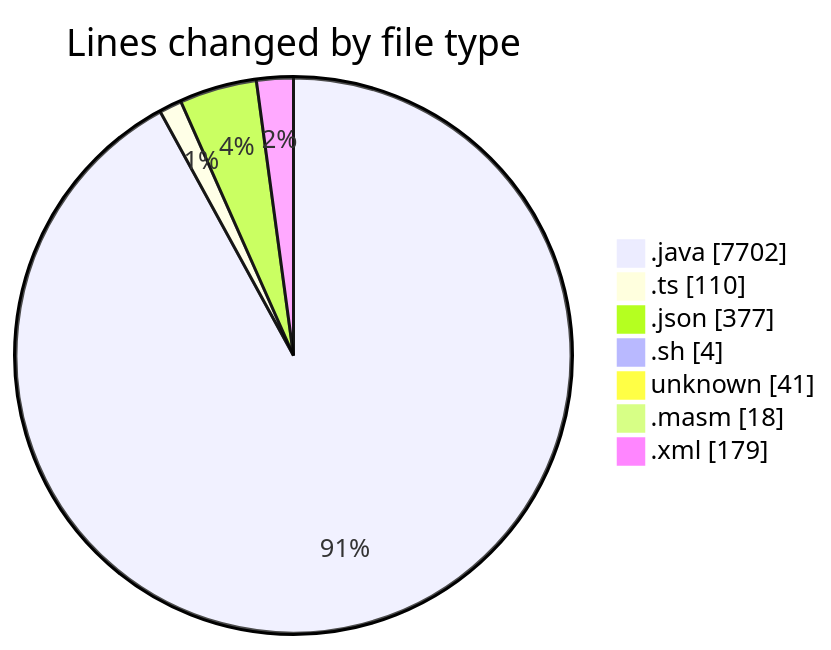
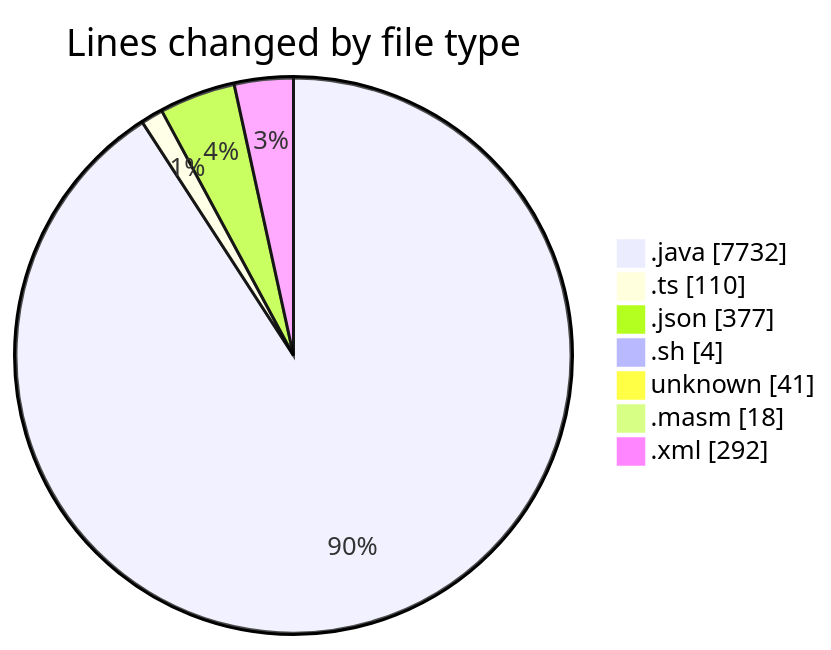
One commit to charlie-sans/code-tracking changed the first of 2 diagrams in 2025-02-20/micros/README.md. Above: the diagram before and after it, drawn with Mermaid. The commit also changed other lines of this file and 1 other file, not shown here.

````diff
--- a/2025-02-20/micros/README.md
+++ b/2025-02-20/micros/README.md
@@ -48,11 +48,11 @@
 ```mermaid
 pie showData
 title Lines changed by file type
-".java" : 7702
+".java" : 7732
 ".ts" : 110
 ".json" : 377
 ".sh" : 4
 "unknown" : 41
 ".masm" : 18
-".xml" : 179
+".xml" : 292
 ```
````
